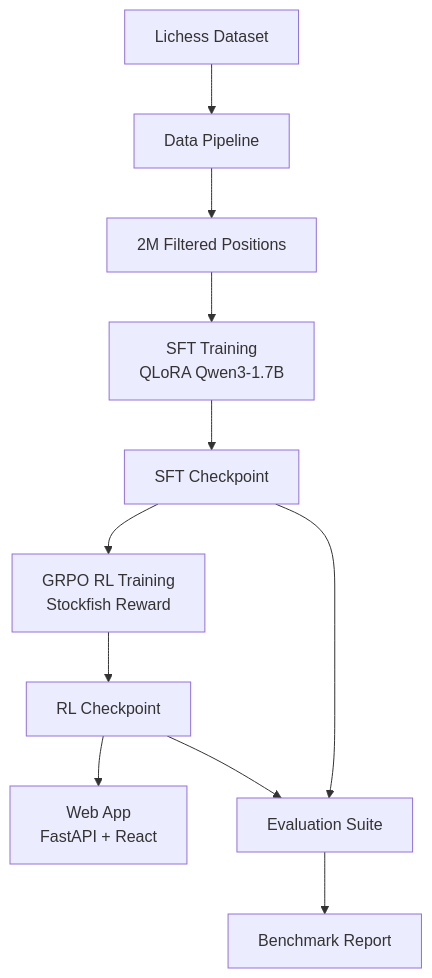
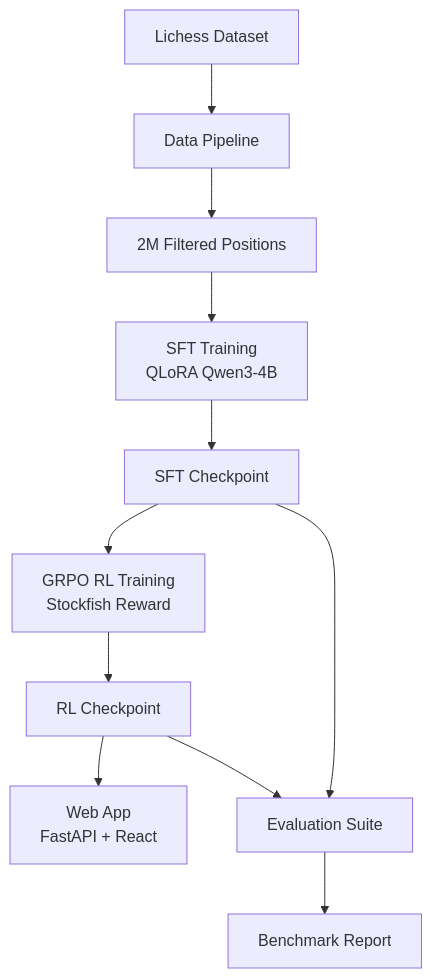
The first of 2 diagrams in README.md (pmlg/learning-to-replicate-expert-judgement), drawn with Mermaid before and after one commit. The commit also changed other lines of this file and 11 other files, not shown here.

````diff
--- a/README.md
+++ b/README.md
@@ -36,13 +36,13 @@
 ```mermaid
 flowchart TD
     A[Lichess Dataset] --> B[Data Pipeline]
     B --> C[2M Filtered Positions]
-    C --> D[SFT Training<br/>QLoRA Qwen3-1.7B]
+    C --> D[SFT Training<br/>QLoRA Qwen3-4B]
     D --> E[SFT Checkpoint]
     E --> F[GRPO RL Training<br/>Stockfish Reward]
     F --> G[RL Checkpoint]
     G --> H[Web App<br/>FastAPI + React]
     E --> I[Evaluation Suite]
     G --> I
     I --> J[Benchmark Report]
 ```
````
